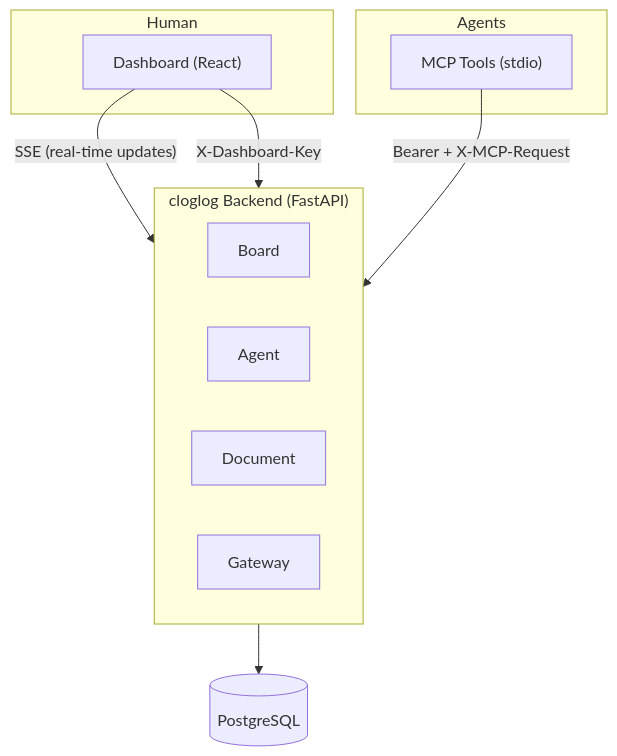
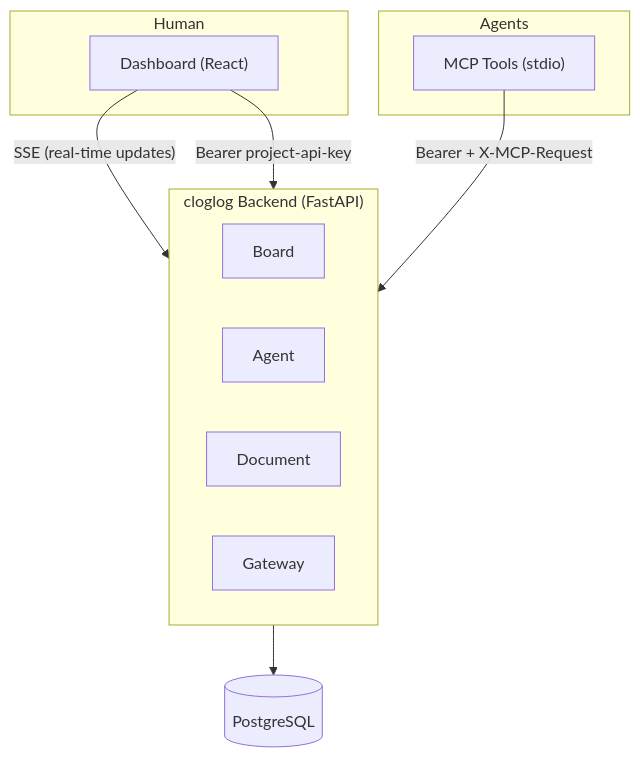
One commit to sachinkundu/cloglog changed the first of 12 diagrams in docs/design.md. Above: the diagram before and after it, drawn with Mermaid. The commit also changed other lines of this file, not shown here.

````diff
--- a/docs/design.md
+++ b/docs/design.md
@@ -15,23 +15,23 @@
 ```mermaid
 graph TB
     subgraph Human
         Dashboard["Dashboard (React)"]
     end
 
     subgraph Agents
         MCP["MCP Tools (stdio)"]
     end
 
     Dashboard -- "SSE (real-time updates)" --> Backend
-    Dashboard -- "X-Dashboard-Key" --> Backend
+    Dashboard -- "Bearer project-api-key" --> Backend
     MCP -- "Bearer + X-MCP-Request" --> Backend
 
     subgraph Backend["cloglog Backend (FastAPI)"]
         Board
         Agent
         Document
         Gateway
     end
 
     Backend --> DB[(PostgreSQL)]
 ```
````
